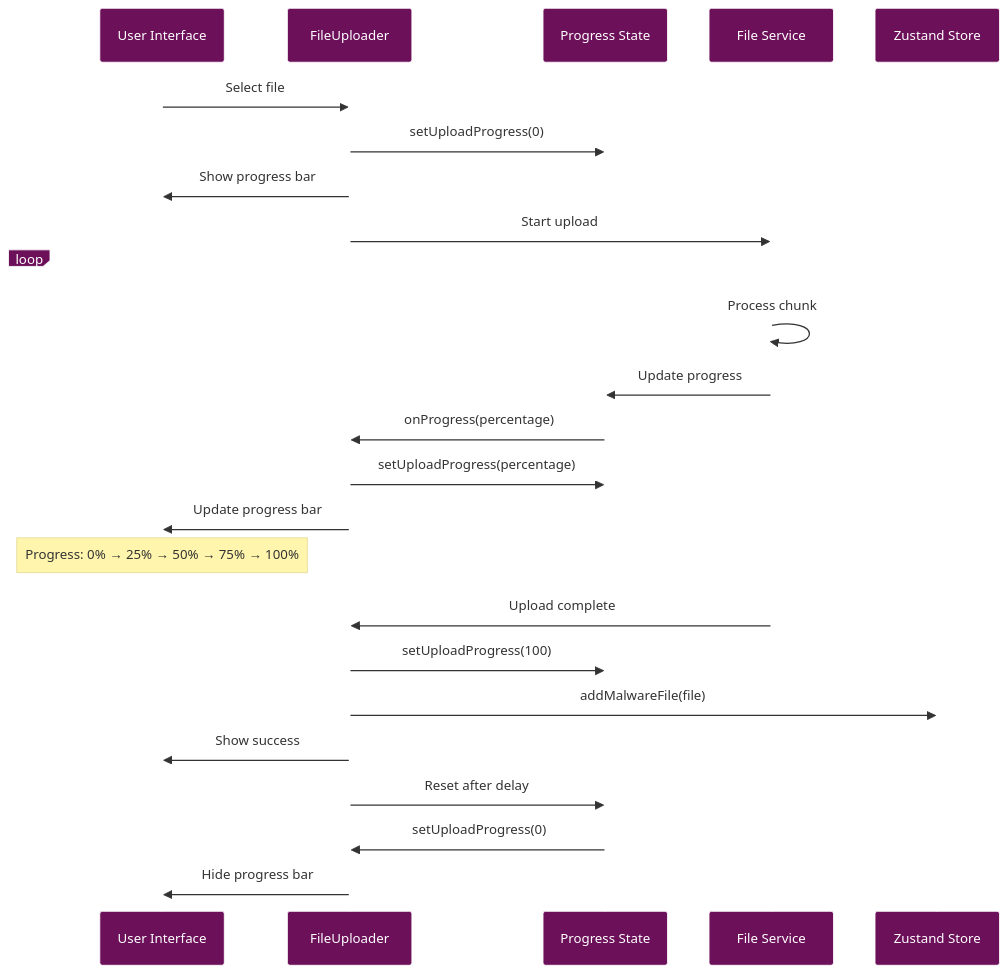
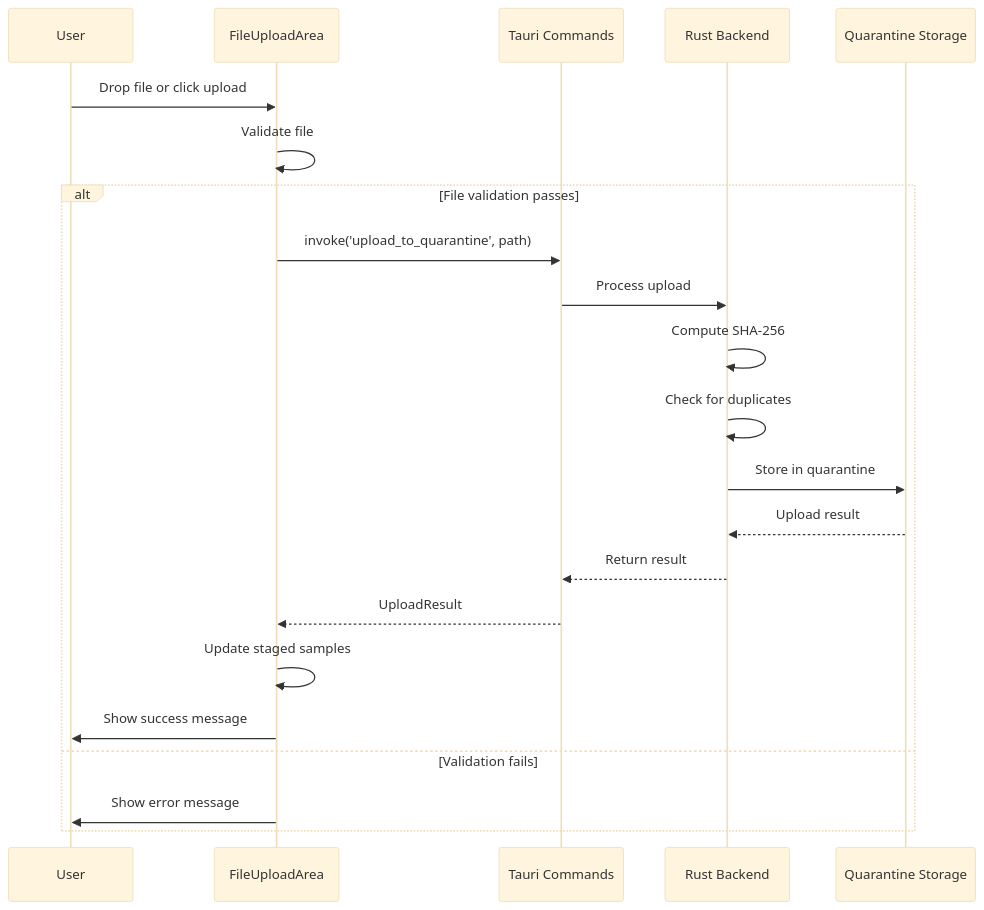
Before and after one commit to radicalkjax/Athena: the second of 2 diagrams in docs/components/FILE_UPLOADER.md, drawn with Mermaid. The commit also changed other lines of this file and 214 other files, not shown here.

````diff
--- a/docs/components/FILE_UPLOADER.md
+++ b/docs/components/FILE_UPLOADER.md
@@ -513,54 +211,27 @@
 ```mermaid
-%%{init: {
-  'theme': 'base',
-  'themeVariables': {
-    'primaryColor': '#6d105a',
-    'primaryTextColor': '#ffffff',
-    'primaryBorderColor': '#ffffff',
-    'lineColor': '#333333',
-    'secondaryColor': '#e8f4d4',
-    'secondaryTextColor': '#333333',
-    'secondaryBorderColor': '#333333',
-    'tertiaryColor': '#f9d0c4',
-    'tertiaryTextColor': '#333333',
-    'tertiaryBorderColor': '#333333',
-    'background': '#ffffff',
-    'mainBkg': '#6d105a',
-    'secondBkg': '#e8f4d4',
-    'tertiaryBkg': '#f9d0c4',
-    'textColor': '#333333',
-    'fontFamily': 'Arial, sans-serif'
-  }
-}}%%
+%%{init: {'theme': 'base'}}%%
 sequenceDiagram
-    participant UI as User Interface
-    participant Component as FileUploader
-    participant Progress as Progress State
-    participant Service as File Service
-    participant Store as Zustand Store
-    
-    UI->>Component: Select file
-    Component->>Progress: setUploadProgress(0)
-    Component->>UI: Show progress bar
-    
-    Component->>Service: Start upload
-    
-    loop Upload chunks
-        Service->>Service: Process chunk
-        Service->>Progress: Update progress
-        Progress->>Component: onProgress(percentage)
-        Component->>Progress: setUploadProgress(percentage)
-        Component->>UI: Update progress bar
-        
-        Note over UI: Progress: 0% → 25% → 50% → 75% → 100%
+    participant User
+    participant Component as FileUploadArea
+    participant Tauri as Tauri Commands
+    participant Backend as Rust Backend
+    participant Quarantine as Quarantine Storage
+
+    User->>Component: Drop file or click upload
+    Component->>Component: Validate file
+
+    alt File validation passes
+        Component->>Tauri: invoke('upload_to_quarantine', path)
+        Tauri->>Backend: Process upload
+        Backend->>Backend: Compute SHA-256
+        Backend->>Backend: Check for duplicates
+        Backend->>Quarantine: Store in quarantine
+        Quarantine-->>Backend: Upload result
+        Backend-->>Tauri: Return result
+        Tauri-->>Component: UploadResult
+        Component->>Component: Update staged samples
+        Component->>User: Show success message
+    else Validation fails
+        Component->>User: Show error message
     end
-    
-    Service->>Component: Upload complete
-    Component->>Progress: setUploadProgress(100)
-    Component->>Store: addMalwareFile(file)
-    Component->>UI: Show success
-    
-    Component->>Progress: Reset after delay
-    Progress->>Component: setUploadProgress(0)
-    Component->>UI: Hide progress bar
 ```
````
